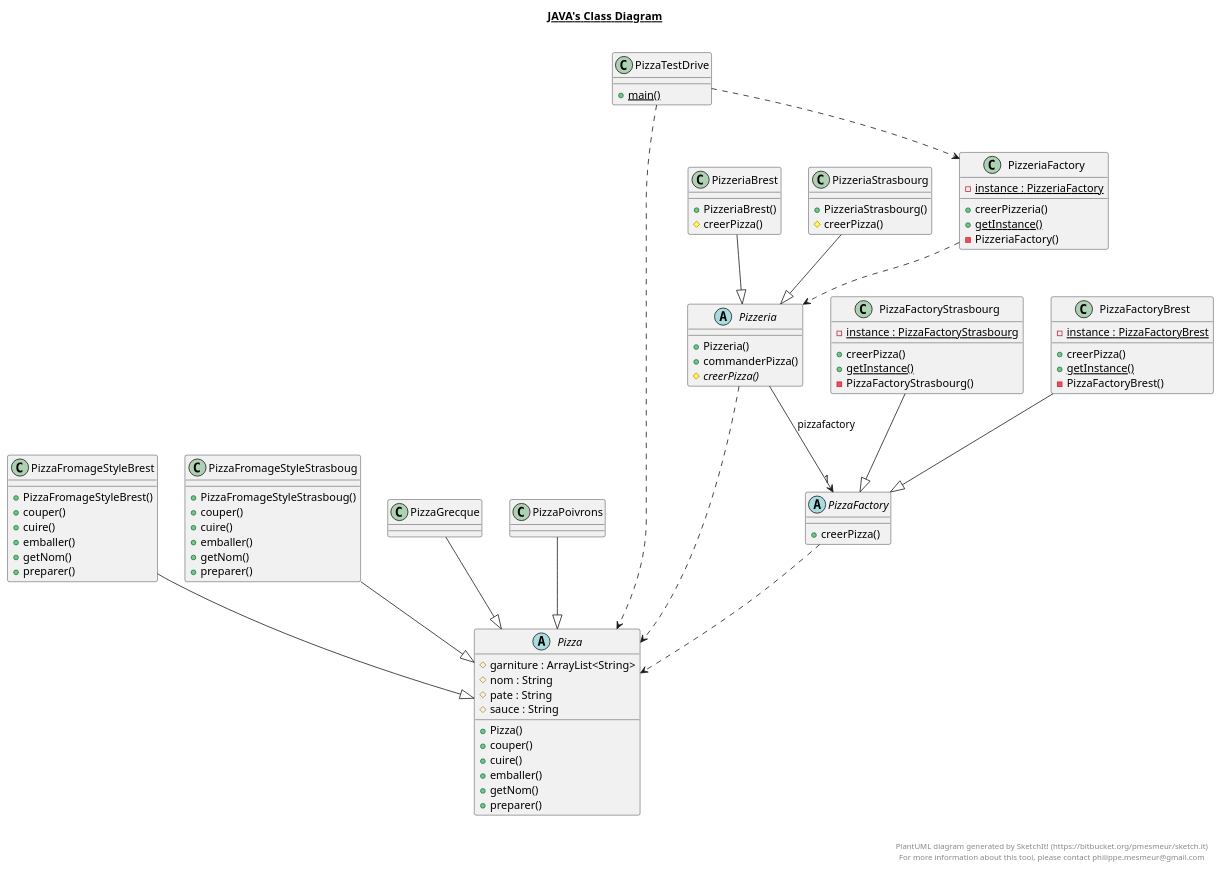
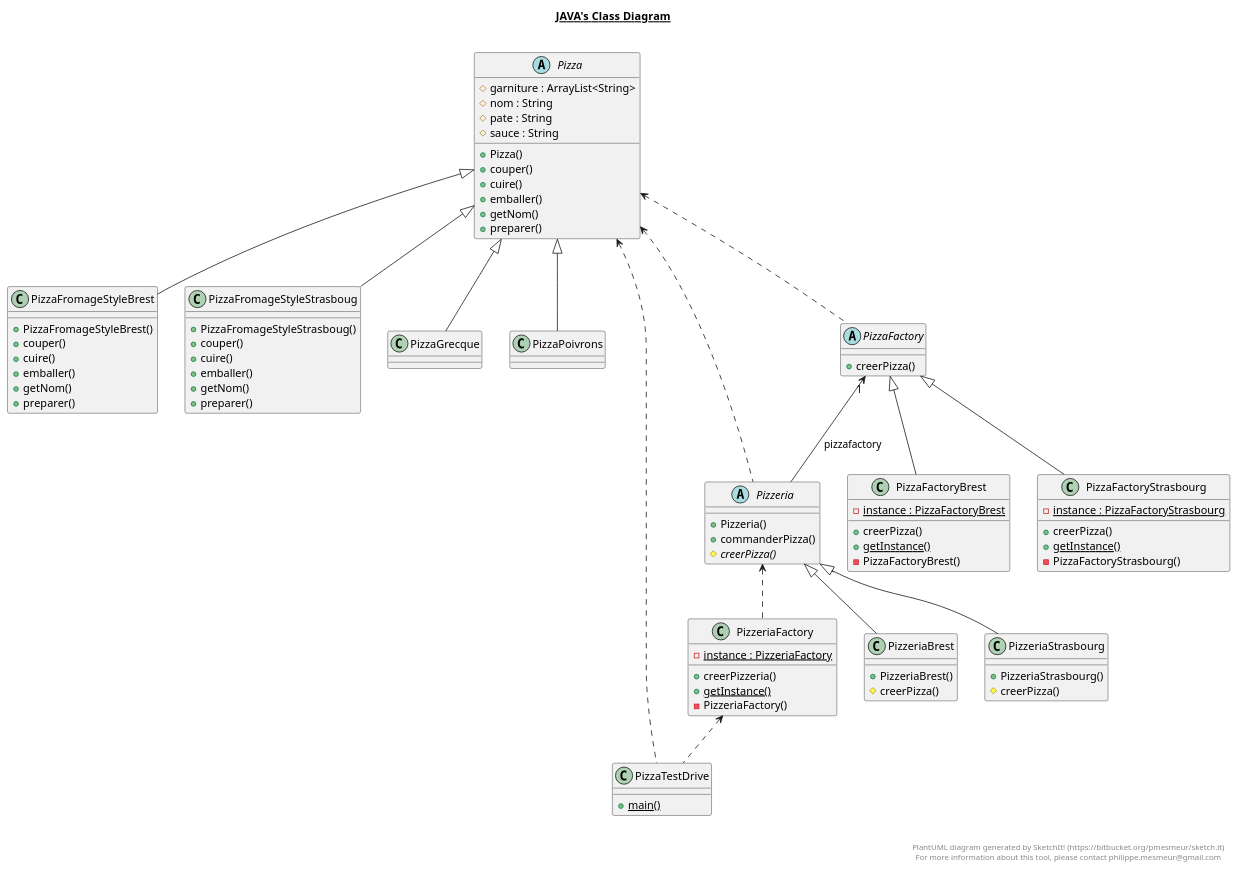
Before and after one commit to IUT-Blagnac/cpoa-tp3-Martin-Billard: the diagram in docs/TP3.plantuml, drawn with PlantUML.

Commit message:
Modif plantuml

```diff
--- a/docs/TP3.plantuml
+++ b/docs/TP3.plantuml
@@ -1,144 +1,144 @@
 @startuml
 
 title __JAVA's Class Diagram__\n
 
     class PizzeriaFactory {
         {static} - instance : PizzeriaFactory
         + creerPizzeria()
         {static} + getInstance()
         - PizzeriaFactory()
     }
   
 
 
     abstract class Pizza {
         # garniture : ArrayList<String>
         # nom : String
         # pate : String
         # sauce : String
         + Pizza()
         + couper()
         + cuire()
         + emballer()
         + getNom()
         + preparer()
     }
 
   
 
 
     class PizzaFromageStyleBrest {
         + PizzaFromageStyleBrest()
         + couper()
         + cuire()
         + emballer()
         + getNom()
         + preparer()
     }
 
   
 
 
     class PizzaFromageStyleStrasboug {
         + PizzaFromageStyleStrasboug()
         + couper()
         + cuire()
         + emballer()
         + getNom()
         + preparer()
     }
 
   
 
     class PizzaGrecque {
     }
 
   
 
 
     class PizzaPoivrons {
     }
 
   
 
 
     class PizzaTestDrive {
         {static} + main()
     }
 
   
 
 
     abstract class Pizzeria {
         + Pizzeria()
         + commanderPizza()
         {abstract} # creerPizza()
     }
 
   
 
 
     class PizzeriaBrest {
         + PizzeriaBrest()
         # creerPizza()
     }
 
 
 
     class PizzeriaStrasbourg {
         + PizzeriaStrasbourg()
         # creerPizza()
     }
 
   
 
 
     abstract class PizzaFactory {
         + creerPizza()
     }
 
   
 
 
     class PizzaFactoryBrest {
         {static} - instance : PizzaFactoryBrest
         + creerPizza()
         {static} + getInstance()
         - PizzaFactoryBrest()
     }
 
   
 
 
     class PizzaFactoryStrasbourg {
         {static} - instance : PizzaFactoryStrasbourg
         + creerPizza()
         {static} + getInstance()
         - PizzaFactoryStrasbourg()
     }
 
   
 
-  PizzaFromageStyleBrest --|> Pizza
-  PizzaFromageStyleStrasboug --|> Pizza
-  PizzaGrecque --|> Pizza
-  PizzaPoivrons --|> Pizza
-  Pizzeria --> "1"PizzaFactory : pizzafactory
-  PizzeriaBrest --|> Pizzeria
-  PizzeriaStrasbourg --|> Pizzeria
-  PizzaFactoryBrest --|> PizzaFactory
-  PizzaFactoryStrasbourg --|> PizzaFactory
-  PizzeriaFactory ..> Pizzeria
-  PizzaTestDrive ..> PizzeriaFactory
-  PizzaTestDrive ..> Pizza
-  PizzaFactory ..> Pizza
-  Pizzeria ..> Pizza
+  Pizza <|-- PizzaFromageStyleBrest
+  Pizza <|-- PizzaFromageStyleStrasboug
+  Pizza <|-- PizzaGrecque
+  Pizza <|-- PizzaPoivrons
+  PizzaFactory"1" <-- Pizzeria : pizzafactory
+  Pizzeria <|-- PizzeriaBrest
+  Pizzeria <|-- PizzeriaStrasbourg
+  PizzaFactory <|-- PizzaFactoryBrest
+  PizzaFactory <|-- PizzaFactoryStrasbourg
+  Pizzeria <.. PizzeriaFactory
+  PizzeriaFactory <.. PizzaTestDrive
+  Pizza <.. PizzaTestDrive
+  Pizza <.. PizzaFactory
+  Pizza <.. Pizzeria
 
 right footer
 
 
 PlantUML diagram generated by SketchIt! (https://bitbucket.org/pmesmeur/sketch.it)
 For more information about this tool, please contact philippe.mesmeur@gmail.com
 endfooter
 
 @enduml
```
